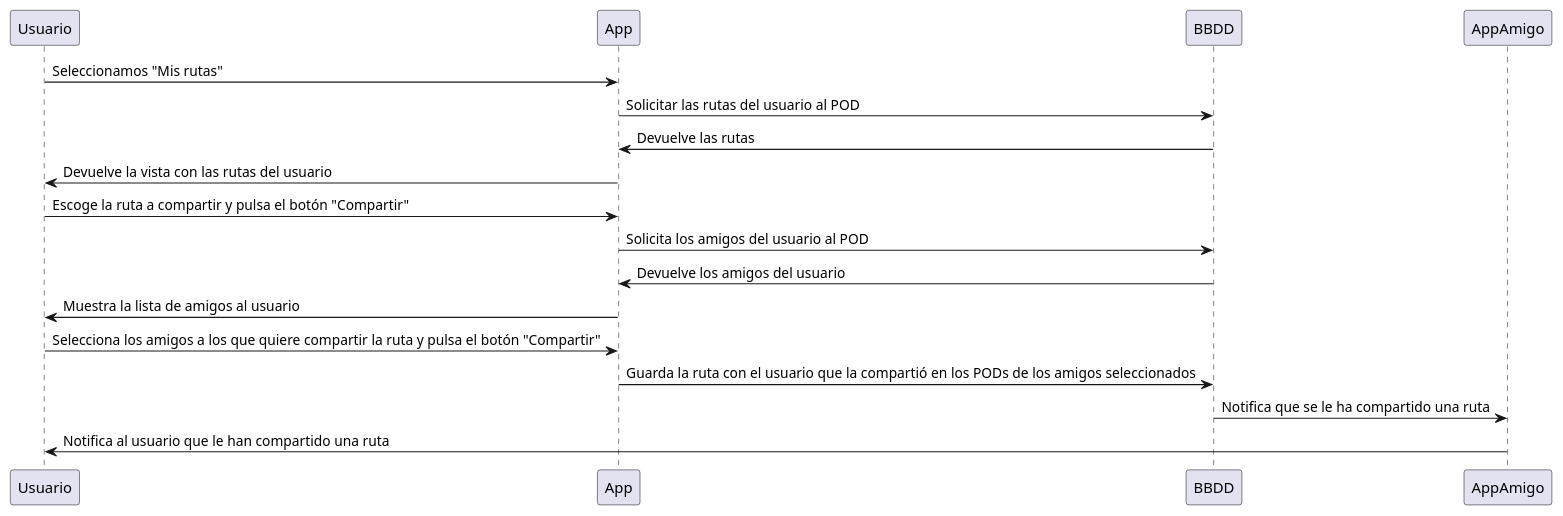
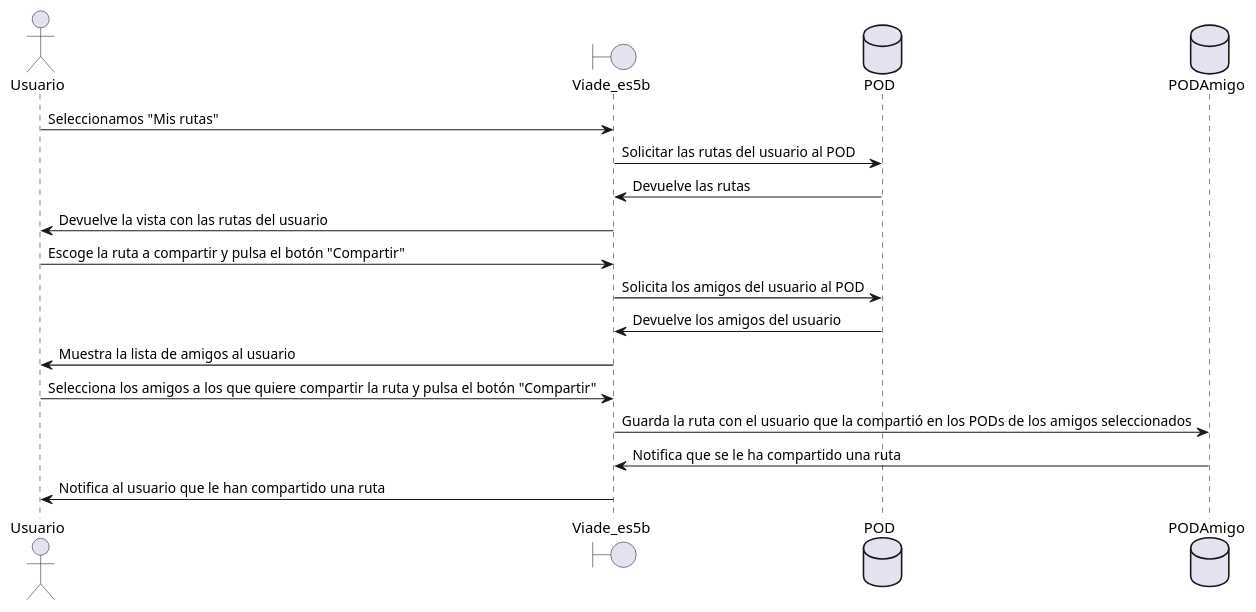
Before and after one commit to Arquisoft/viade_es5b: the seventh of 16 diagrams in src/docs/06_runtime_view.adoc, drawn with PlantUML. The commit also changed other lines of this file, not shown here.

Commit message:
Cambios a partir del escenario 1

```diff
--- a/src/docs/06_runtime_view.adoc
+++ b/src/docs/06_runtime_view.adoc
@@ -168,16 +186,20 @@
 [plantuml,"DiagramaCompartirRuta",png]
 ----
-Usuario -> App: Seleccionamos "Mis rutas"
-App -> BBDD : Solicitar las rutas del usuario al POD
-BBDD -> App: Devuelve las rutas
-App -> Usuario: Devuelve la vista con las rutas del usuario
-Usuario -> App: Escoge la ruta a compartir y pulsa el botón "Compartir"
-App -> BBDD: Solicita los amigos del usuario al POD
-BBDD -> App: Devuelve los amigos del usuario
-App -> Usuario: Muestra la lista de amigos al usuario
-Usuario -> App: Selecciona los amigos a los que quiere compartir la ruta y pulsa el botón "Compartir"
-App -> BBDD: Guarda la ruta con el usuario que la compartió en los PODs de los amigos seleccionados
-BBDD -> AppAmigo: Notifica que se le ha compartido una ruta
-AppAmigo -> Usuario: Notifica al usuario que le han compartido una ruta
+actor Usuario
+boundary Viade_es5b
+database POD
+database PODAmigo
+Usuario -> Viade_es5b: Seleccionamos "Mis rutas"
+Viade_es5b -> POD : Solicitar las rutas del usuario al POD
+POD -> Viade_es5b: Devuelve las rutas
+Viade_es5b -> Usuario: Devuelve la vista con las rutas del usuario
+Usuario -> Viade_es5b: Escoge la ruta a compartir y pulsa el botón "Compartir"
+Viade_es5b -> POD: Solicita los amigos del usuario al POD
+POD -> Viade_es5b: Devuelve los amigos del usuario
+Viade_es5b -> Usuario: Muestra la lista de amigos al usuario
+Usuario -> Viade_es5b: Selecciona los amigos a los que quiere compartir la ruta y pulsa el botón "Compartir"
+Viade_es5b -> PODAmigo: Guarda la ruta con el usuario que la compartió en los PODs de los amigos seleccionados
+PODAmigo -> Viade_es5b: Notifica que se le ha compartido una ruta
+Viade_es5b -> Usuario: Notifica al usuario que le han compartido una ruta
 
 ----
```
